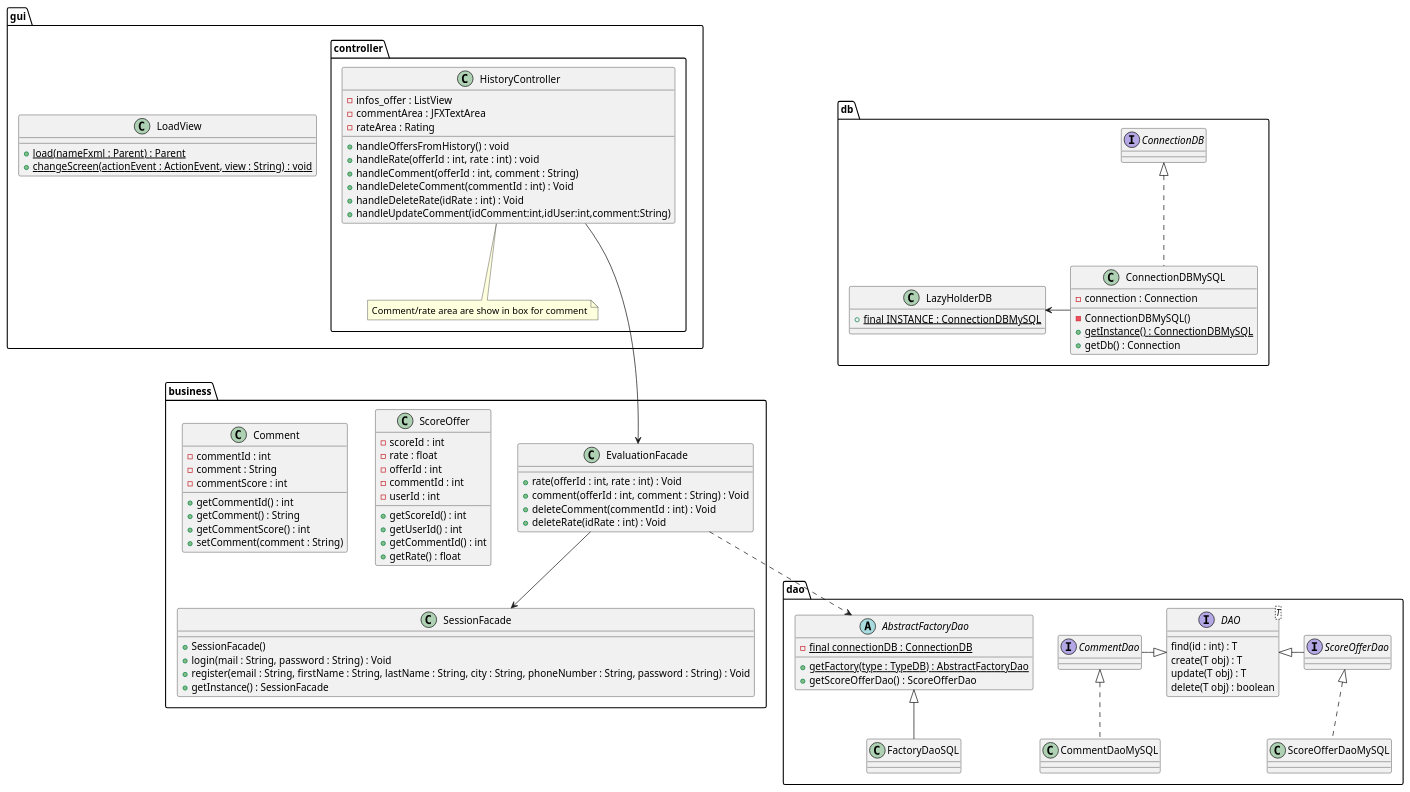
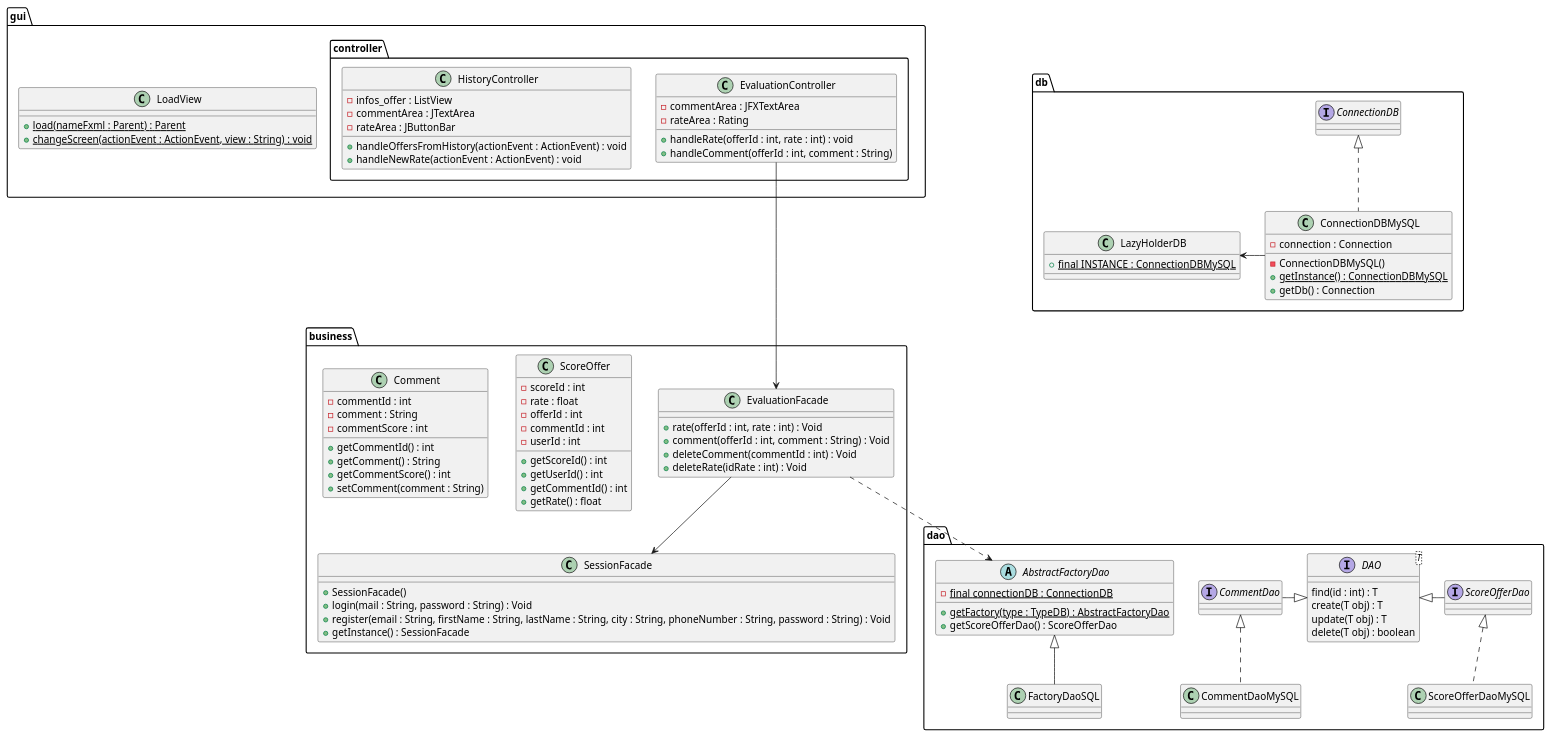
The diagram in documents/diagram/evaluation/evaluationClass.puml (LaunoisRemy/ToolShare), drawn with PlantUML before and after one commit. The commit also changed 1 other file, not shown here.

Commit message:
UML : Change evaluationClass and evaluationSequence

```diff
--- a/documents/diagram/evaluation/evaluationClass.puml
+++ b/documents/diagram/evaluation/evaluationClass.puml
@@ -1,120 +1,124 @@
 @startuml
 
 package dao {
 
 
     interface ScoreOfferDao{
     }
     class ScoreOfferDaoMySQL
     interface CommentDao{
     }
     class CommentDaoMySQL
 
     AbstractFactoryDao <|-- FactoryDaoSQL
     ScoreOfferDao <|.. ScoreOfferDaoMySQL
     CommentDao <|.. CommentDaoMySQL
 
     interface DAO<T>{
         find(id : int) : T
         create(T obj) : T
         update(T obj) : T
         delete(T obj) : boolean
     }
 
     abstract AbstractFactoryDao{
         - {static} final connectionDB : ConnectionDB
         + {static} getFactory(type : TypeDB) : AbstractFactoryDao
         + getScoreOfferDao() : ScoreOfferDao
     }
 
     class FactoryDaoSQL{
     }
 
     DAO <|- ScoreOfferDao
     DAO <|-left CommentDao
 }
 package db{
     class ConnectionDBMySQL{
         - connection : Connection
         - ConnectionDBMySQL()
         + {static} getInstance() : ConnectionDBMySQL
         + getDb() : Connection
     }
 
     class LazyHolderDB{
         + {static} final INSTANCE : ConnectionDBMySQL
     }
     interface ConnectionDB
     ConnectionDBMySQL -Left-> LazyHolderDB
     ConnectionDBMySQL .up.|> ConnectionDB
 
 }
 package business{
     class SessionFacade{
         + SessionFacade()
         + login(mail : String, password : String) : Void
         + register(email : String, firstName : String, lastName : String, city : String, phoneNumber : String, password : String) : Void
         + getInstance() : SessionFacade
     }
 
     class EvaluationFacade{
         + rate(offerId : int, rate : int) : Void
         + comment(offerId : int, comment : String) : Void
         + deleteComment(commentId : int) : Void
         + deleteRate(idRate : int) : Void
     }
     class ScoreOffer{
         - scoreId : int
         - rate : float
         - offerId : int
         - commentId : int
         - userId : int
         + getScoreId() : int
         + getUserId() : int
         + getCommentId() : int
         + getRate() : float
     }
 
     class Comment{
     - commentId : int
     - comment : String
     - commentScore : int
     + getCommentId() : int
     + getComment() : String
     + getCommentScore() : int
     + setComment(comment : String)
     }
 }
 
 package gui{
 
     class LoadView{
         + {static} load(nameFxml : Parent) : Parent
         + {static} changeScreen(actionEvent : ActionEvent, view : String) : void
     }
 
     package controller{
-        note "Comment/rate area are show in box for comment" as n1
-        HistoryController .. n1
-        class HistoryController{
-            - infos_offer : ListView
+
+        class EvaluationController{
             - commentArea : JFXTextArea
             - rateArea : Rating
 
-            + handleOffersFromHistory() : void
             + handleRate(offerId : int, rate : int) : void
             + handleComment(offerId : int, comment : String)
-            + handleDeleteComment(commentId : int) : Void
-            + handleDeleteRate(idRate : int) : Void
-            + handleUpdateComment(idComment:int,idUser:int,comment:String)
+
+        }
+        class HistoryController{
+            - infos_offer : ListView
+            - commentArea : JTextArea
+            - rateArea : JButtonBar
+            + handleOffersFromHistory(actionEvent : ActionEvent) : void
+            + handleNewRate(actionEvent : ActionEvent) : void
+
         }
 
     }
 }
-EvaluationFacade <--Up- HistoryController
+
+EvaluationFacade <--Up- EvaluationController
 EvaluationFacade --> SessionFacade
 EvaluationFacade ..> AbstractFactoryDao
 
 
 
 @enduml
```
